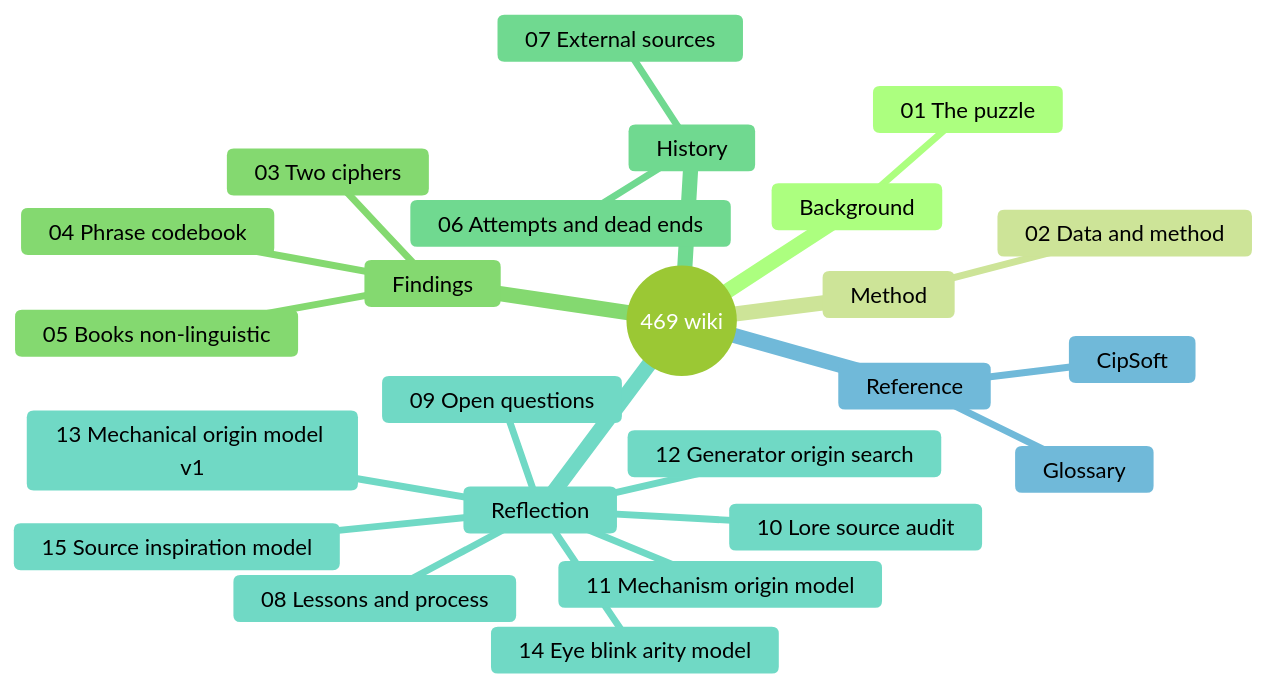
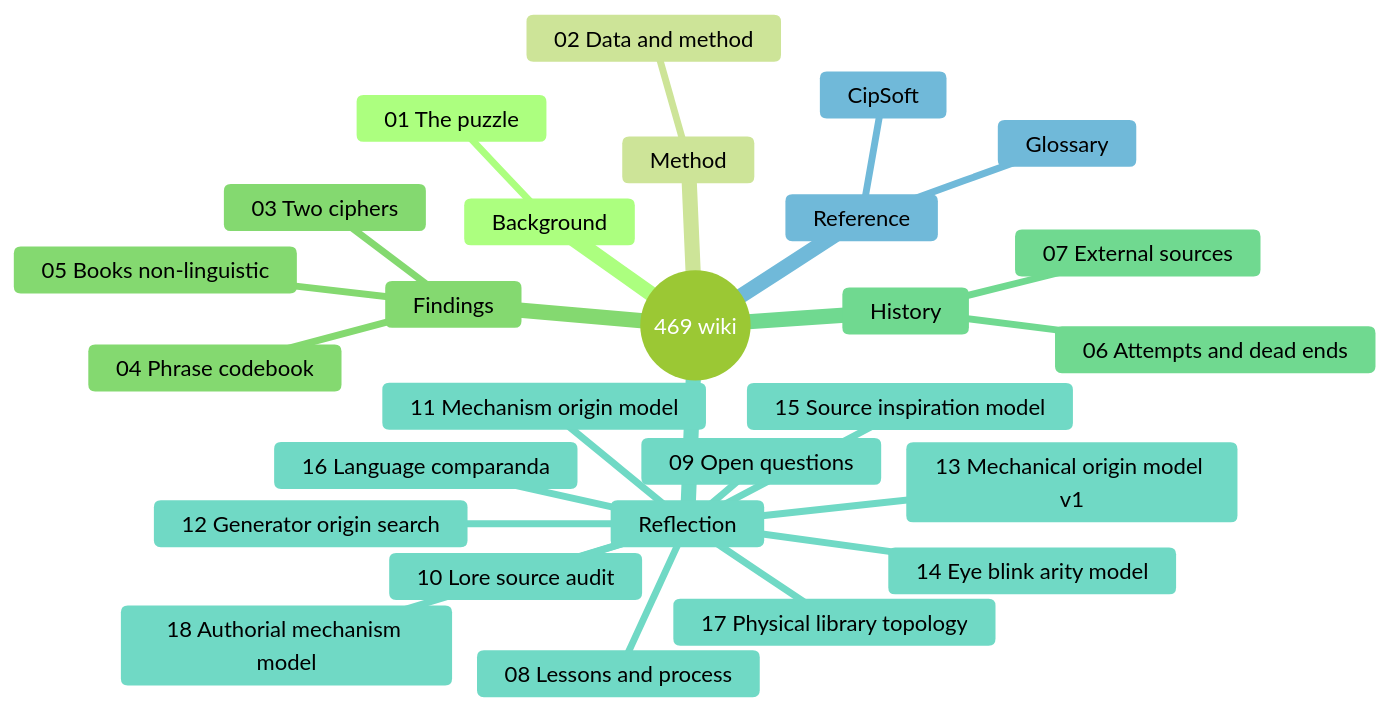
One commit to kimlage/tibia-469-cipher-casestudy changed the diagram in docs/wiki/README.md. Above: the diagram before and after it, drawn with Mermaid (forest theme). The commit also changed other lines of this file and 82 other files, not shown here.

````diff
--- a/docs/wiki/README.md
+++ b/docs/wiki/README.md
@@ -59,27 +62,30 @@
 ```mermaid
 mindmap
   root((469 wiki))
     Background
       01 The puzzle
     Method
       02 Data and method
     Findings
       03 Two ciphers
       04 Phrase codebook
       05 Books non-linguistic
     History
       06 Attempts and dead ends
       07 External sources
     Reflection
       08 Lessons and process
       09 Open questions
       10 Lore source audit
       11 Mechanism origin model
       12 Generator origin search
       13 Mechanical origin model v1
       14 Eye blink arity model
       15 Source inspiration model
+      16 Language comparanda
+      17 Physical library topology
+      18 Authorial mechanism model
     Reference
       Glossary
       CipSoft
 ```
````
